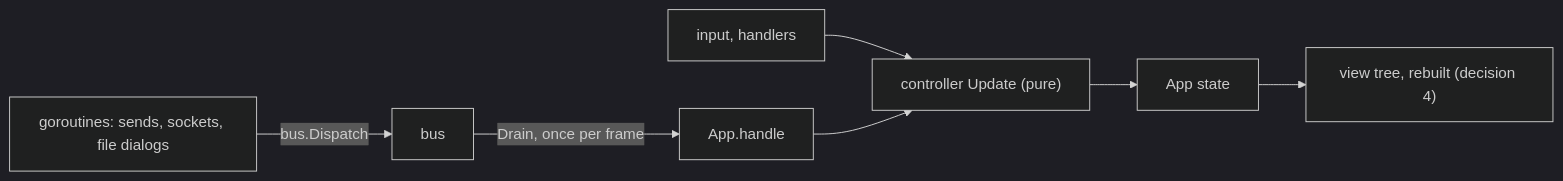
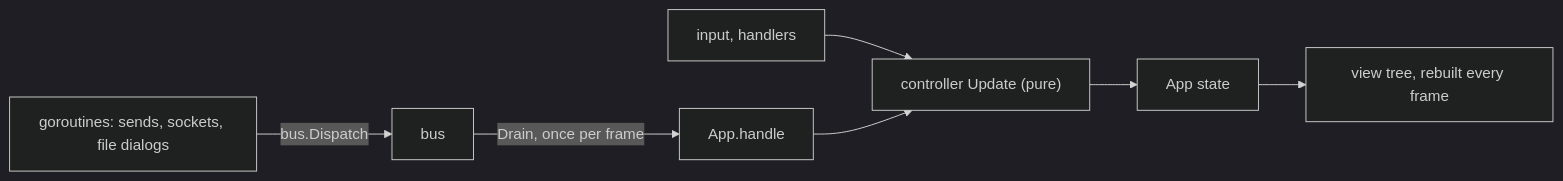
One commit to gascoigne-ai/gascoigne-workshop changed the diagram in .harness/architecture/app.md. Above: the diagram before and after it, drawn with Mermaid (dark theme). The commit also changed other lines of this file and 51 other files, not shown here.

````diff
--- a/.harness/architecture/app.md
+++ b/.harness/architecture/app.md
@@ -13,9 +18,9 @@
 ```mermaid
 flowchart LR
   input["input, handlers"] --> update["controller Update (pure)"]
   update --> appstate["App state"]
   goroutines["goroutines: sends, sockets, file dialogs"] -- "bus.Dispatch" --> busq["bus"]
   busq -- "Drain, once per frame" --> handle["App.handle"]
   handle --> update
-  appstate --> tree["view tree, rebuilt (decision 4)"]
+  appstate --> tree["view tree, rebuilt every frame"]
 ```
````
